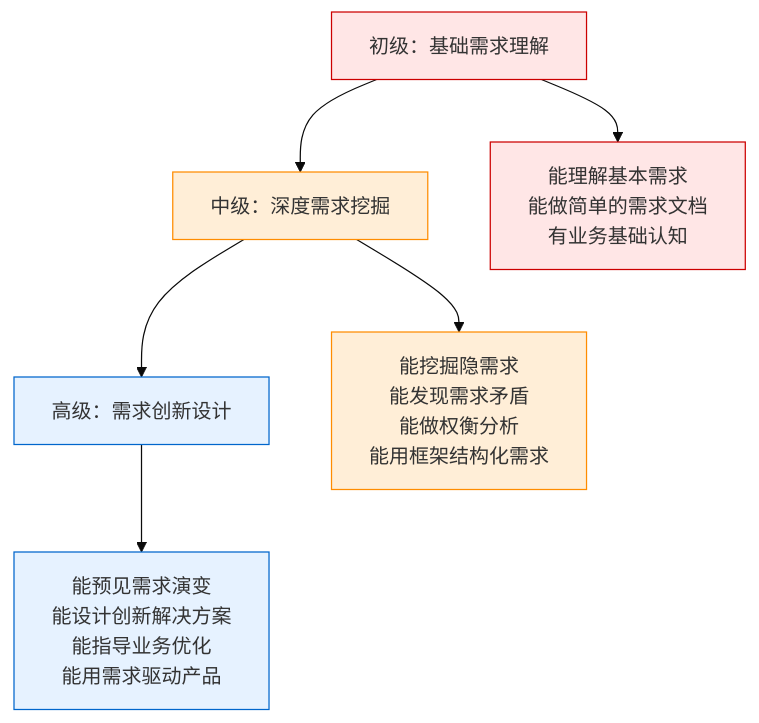
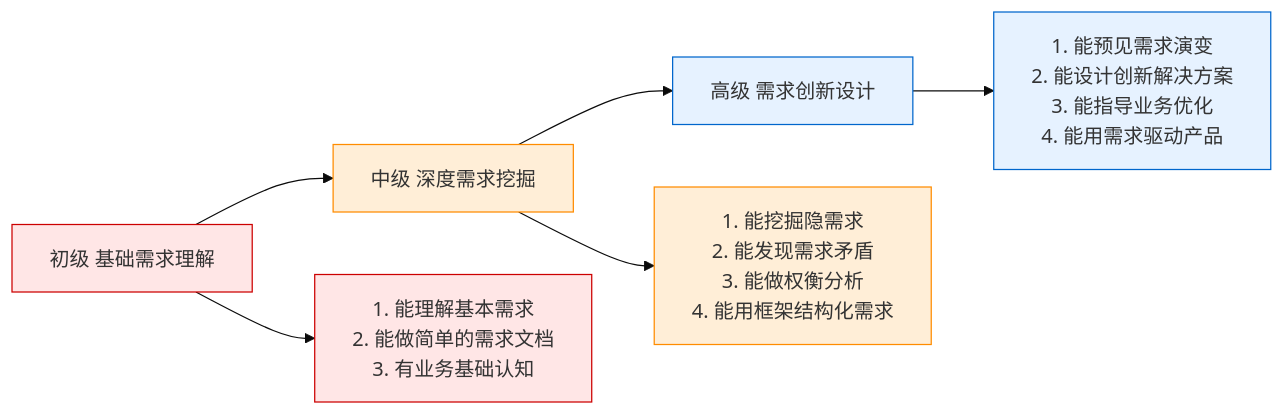
Before and after one commit to microwind/algorithms: the tenth of 10 diagrams in start-here/AI-Era-Programmers-as-Requirements-Engineers.md, drawn with Mermaid (base theme). The commit also changed other lines of this file and 1 other file, not shown here.

````diff
--- a/start-here/AI-Era-Programmers-as-Requirements-Engineers.md
+++ b/start-here/AI-Era-Programmers-as-Requirements-Engineers.md
@@ -740,20 +861,30 @@
 ```mermaid
-graph TD
-    A[初级：基础需求理解] --> B[中级：深度需求挖掘]
-    B --> C[高级：需求创新设计]
+graph LR
+    %% 左侧主节点（垂直排列）
+    A[初级 基础需求理解]
+    B[中级 深度需求挖掘]
+    C[高级 需求创新设计]
 
-    A --> A1["能理解基本需求<br/>能做简单的需求文档<br/>有业务基础认知"]
+    %% 右侧详细描述节点（垂直排列，与主节点水平对齐）
+    A1["1. 能理解基本需求<br/> 2. 能做简单的需求文档<br/> 3. 有业务基础认知"]
+    B1["1. 能挖掘隐需求<br/> 2. 能发现需求矛盾<br/> 3. 能做权衡分析<br/> 4. 能用框架结构化需求"]
+    C1["1. 能预见需求演变<br/> 2. 能设计创新解决方案<br/> 3. 能指导业务优化<br/> 4. 能用需求驱动产品"]
 
-    B --> B1["能挖掘隐需求<br/>能发现需求矛盾<br/>能做权衡分析<br/>能用框架结构化需求"]
+    %% 连接：主节点指向对应的详细描述
+    A --> A1
+    B --> B1
+    C --> C1
 
-    C --> C1["能预见需求演变<br/>能设计创新解决方案<br/>能指导业务优化<br/>能用需求驱动产品"]
+    %% 连接：层级递进关系
+    A --> B
+    B --> C
 
-    %% 颜色定义
+    %% 颜色定义（沿用原风格）
     classDef level1 fill:#FFE6E6,stroke:#CC0000,stroke-width:1px;
     classDef level2 fill:#FFEED7,stroke:#FF8C00,stroke-width:1px;
     classDef level3 fill:#E6F2FF,stroke:#0066CC,stroke-width:1px;
 
     class A,A1 level1;
     class B,B1 level2;
     class C,C1 level3;
 ```
````
